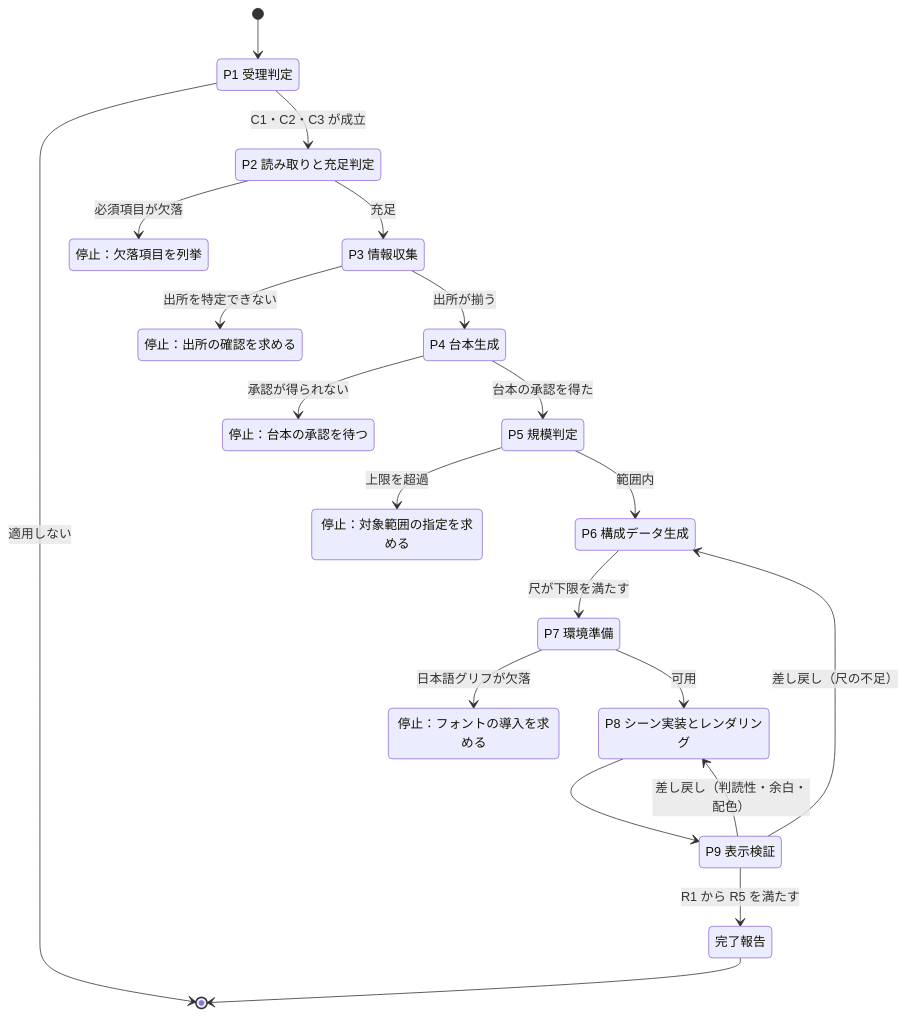
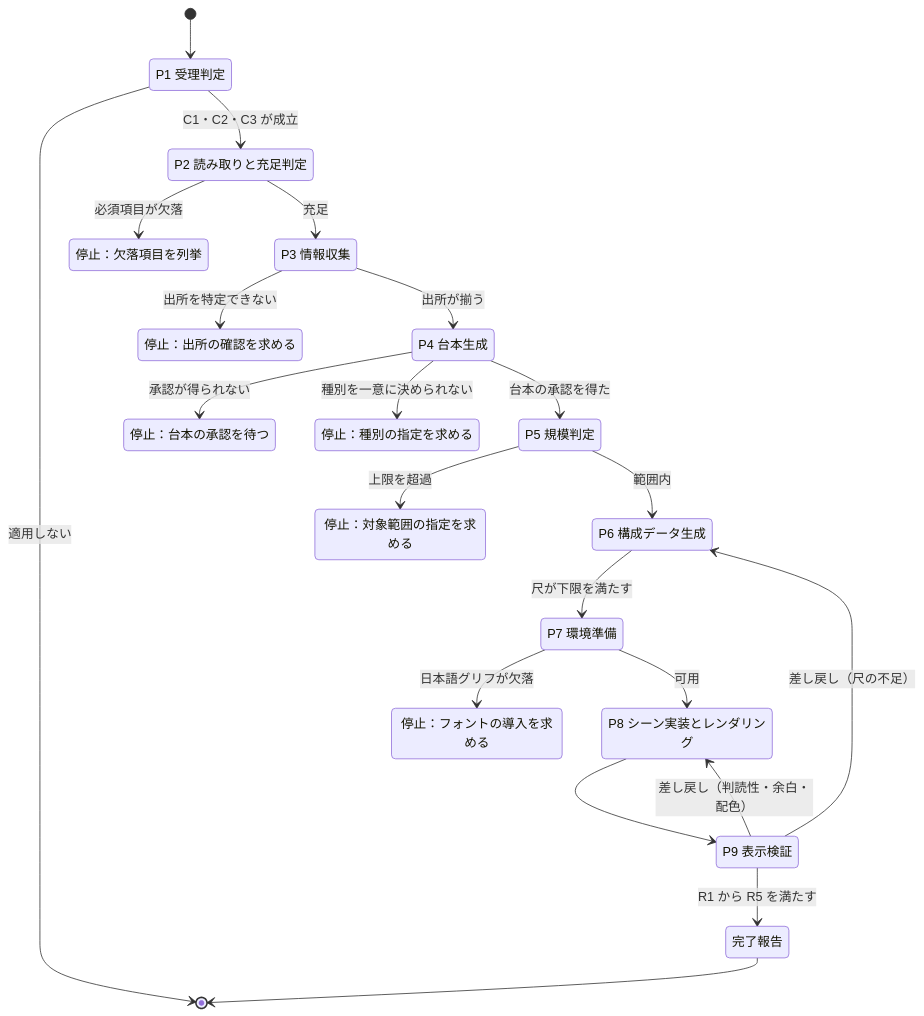
The second of 3 diagrams in SPEC/skill-structure.md (rictaworks/spec-to-mp4-video-skill), drawn with Mermaid before and after one commit. The commit also changed 4 other files, not shown here.

````diff
--- a/SPEC/skill-structure.md
+++ b/SPEC/skill-structure.md
@@ -44,38 +44,40 @@
 ```mermaid
 stateDiagram-v2
     [*] --> P1
     state "P1 受理判定" as P1
     state "P2 読み取りと充足判定" as P2
     state "P3 情報収集" as P3
     state "P4 台本生成" as P4
     state "P5 規模判定" as P5
     state "P6 構成データ生成" as P6
     state "P7 環境準備" as P7
     state "P8 シーン実装とレンダリング" as P8
     state "P9 表示検証" as P9
     state "停止：欠落項目を列挙" as S1
     state "停止：対象範囲の指定を求める" as S2
     state "停止：フォントの導入を求める" as S3
     state "停止：出所の確認を求める" as S4
     state "停止：台本の承認を待つ" as S5
+    state "停止：種別の指定を求める" as S6
     state "完了報告" as DONE
 
     P1 --> P2 : C1・C2・C3 が成立
     P1 --> [*] : 適用しない
     P2 --> S1 : 必須項目が欠落
     P2 --> P3 : 充足
     P3 --> S4 : 出所を特定できない
     P3 --> P4 : 出所が揃う
+    P4 --> S6 : 種別を一意に決められない
     P4 --> S5 : 承認が得られない
     P4 --> P5 : 台本の承認を得た
     P5 --> S2 : 上限を超過
     P5 --> P6 : 範囲内
     P6 --> P7 : 尺が下限を満たす
     P7 --> S3 : 日本語グリフが欠落
     P7 --> P8 : 可用
     P8 --> P9
     P9 --> P8 : 差し戻し（判読性・余白・配色）
     P9 --> P6 : 差し戻し（尺の不足）
     P9 --> DONE : R1 から R5 を満たす
     DONE --> [*]
 ```
````
